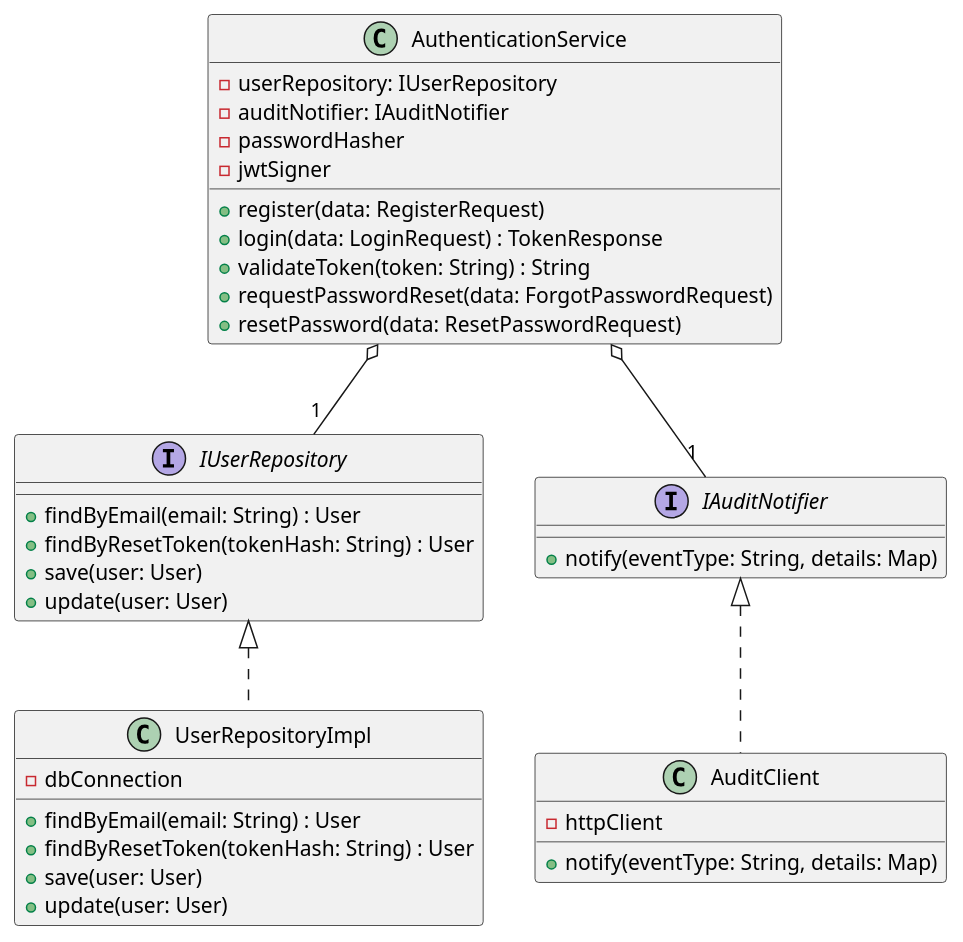
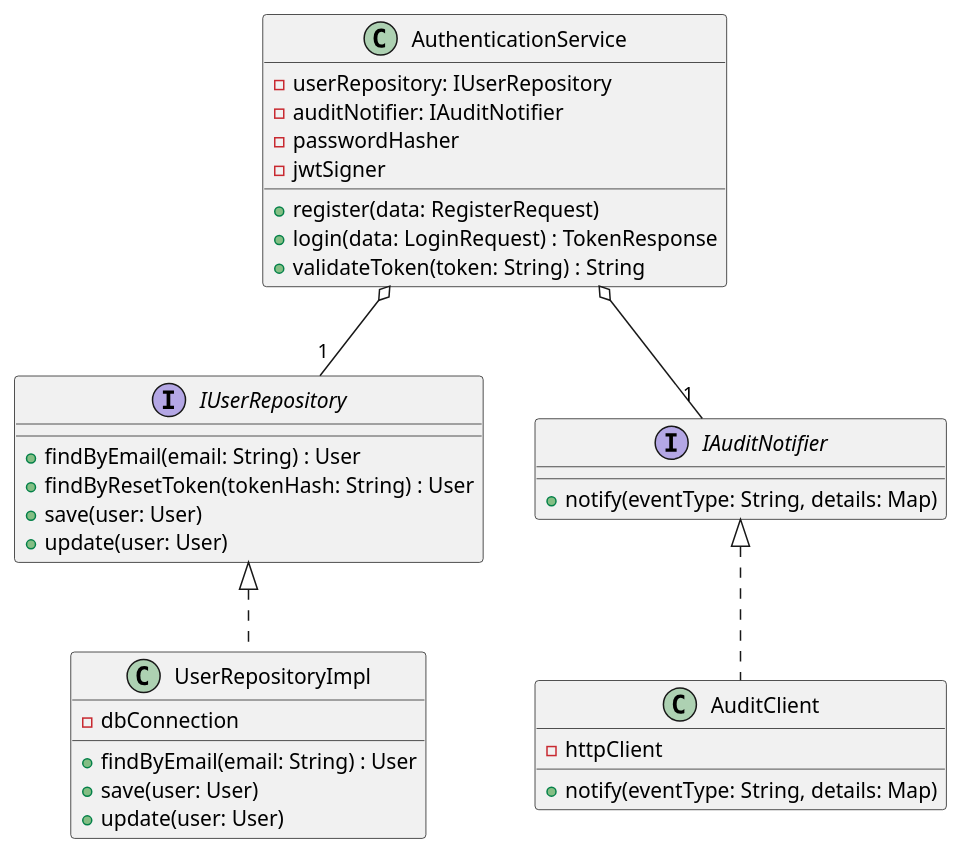
One commit to carrieroroberto/early_care_gateway changed the diagram in deliverables/uml_diagrams/classes/authentication.puml. Above: the diagram before and after it, drawn with PlantUML. The commit also changed 46 other files, not shown here.

```diff
--- a/deliverables/uml_diagrams/classes/authentication.puml
+++ b/deliverables/uml_diagrams/classes/authentication.puml
@@ -1,41 +1,38 @@
 @startuml
 
 interface IUserRepository {
   + findByEmail(email: String) : User
   + findByResetToken(tokenHash: String) : User
   + save(user: User)
   + update(user: User)
 }
 class UserRepositoryImpl implements IUserRepository {
   - dbConnection
   + findByEmail(email: String) : User
-  + findByResetToken(tokenHash: String) : User
   + save(user: User)
   + update(user: User)
 }
 
 interface IAuditNotifier {
   + notify(eventType: String, details: Map)
 }
 class AuditClient implements IAuditNotifier {
   - httpClient
   + notify(eventType: String, details: Map)
 }
 
 class AuthenticationService {
   - userRepository: IUserRepository
   - auditNotifier: IAuditNotifier
   - passwordHasher
   - jwtSigner
 
   + register(data: RegisterRequest)
   + login(data: LoginRequest) : TokenResponse
   + validateToken(token: String) : String
-  + requestPasswordReset(data: ForgotPasswordRequest)
-  + resetPassword(data: ResetPasswordRequest)
 }
 
 AuthenticationService o-- "1" IUserRepository
 AuthenticationService o-- "1" IAuditNotifier
 
 @enduml
```
